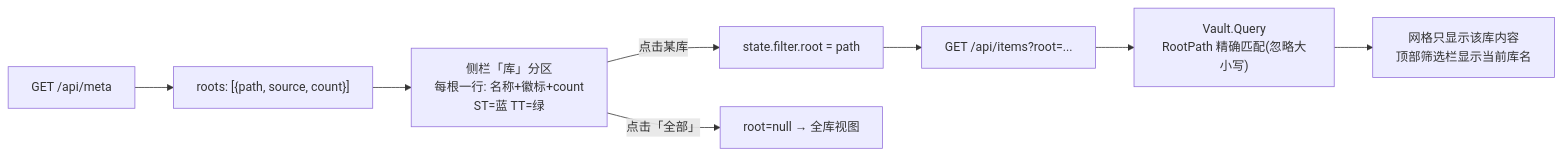
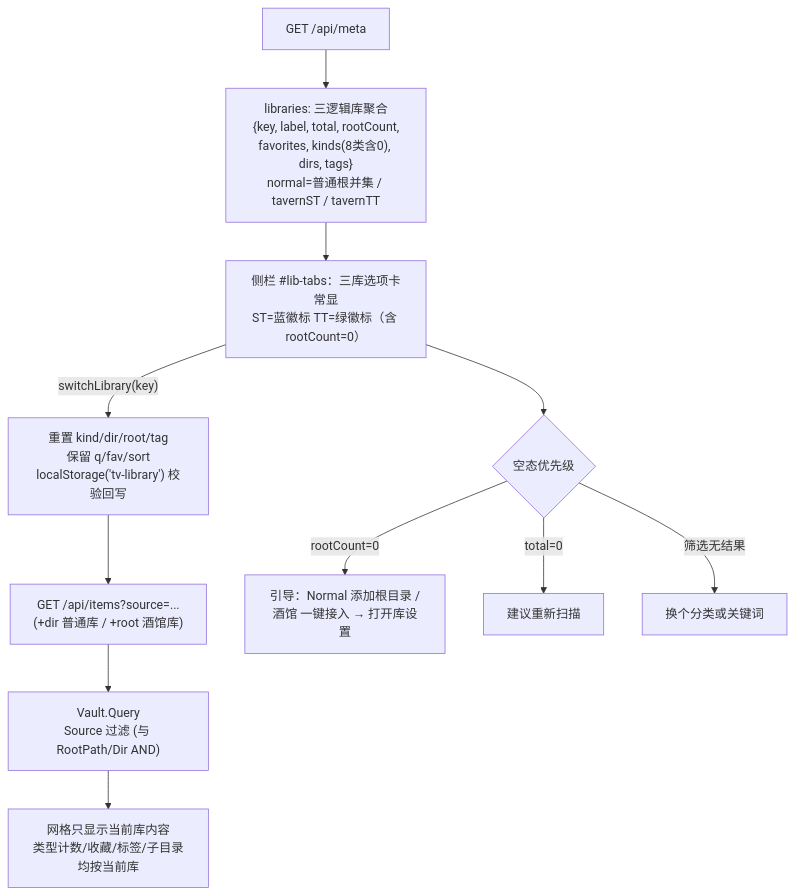
One commit to minekurs53-cmd/TavernVault changed the ninth of 12 diagrams in docs/architecture-visualization.md. Above: the diagram before and after it, drawn with Mermaid. The commit also changed other lines of this file and 13 other files, not shown here.

````diff
--- a/docs/architecture-visualization.md
+++ b/docs/architecture-visualization.md
@@ -212,10 +212,13 @@
 ```mermaid
-flowchart LR
-    Meta["GET /api/meta"] --> Roots["roots: [{path, source, count}]"]
-    Roots --> Sidebar["侧栏「库」分区<br/>每根一行: 名称+徽标+count<br/>ST=蓝 TT=绿"]
-    Sidebar -->|"点击某库"| State["state.filter.root = path"]
-    State --> Query["GET /api/items?root=..."]
-    Query --> Filter["Vault.Query<br/>RootPath 精确匹配(忽略大小写)"]
-    Filter --> Grid["网格只显示该库内容<br/>顶部筛选栏显示当前库名"]
-    Sidebar -->|"点击「全部」"| Clear["root=null → 全库视图"]
+flowchart TD
+    Meta["GET /api/meta"] --> Libs["libraries: 三逻辑库聚合<br/>{key, label, total, rootCount,<br/>favorites, kinds(8类含0), dirs, tags}<br/>normal=普通根并集 / tavernST / tavernTT"]
+    Libs --> Tabs["侧栏 #lib-tabs：三库选项卡常显<br/>ST=蓝徽标 TT=绿徽标（含 rootCount=0）"]
+    Tabs -->|"switchLibrary(key)"| Reset["重置 kind/dir/root/tag<br/>保留 q/fav/sort<br/>localStorage('tv-library') 校验回写"]
+    Reset --> Query["GET /api/items?source=...<br/>(+dir 普通库 / +root 酒馆库)"]
+    Query --> Filter["Vault.Query<br/>Source 过滤 (与 RootPath/Dir AND)"]
+    Filter --> Grid["网格只显示当前库内容<br/>类型计数/收藏/标签/子目录均按当前库"]
+    Tabs --> Empty0{"空态优先级"}
+    Empty0 -->|"rootCount=0"| Guide["引导：Normal 添加根目录 /<br/>酒馆 一键接入 → 打开库设置"]
+    Empty0 -->|"total=0"| Rescan2["建议重新扫描"]
+    Empty0 -->|"筛选无结果"| FilterEmpty["换个分类或关键词"]
 ```
````
